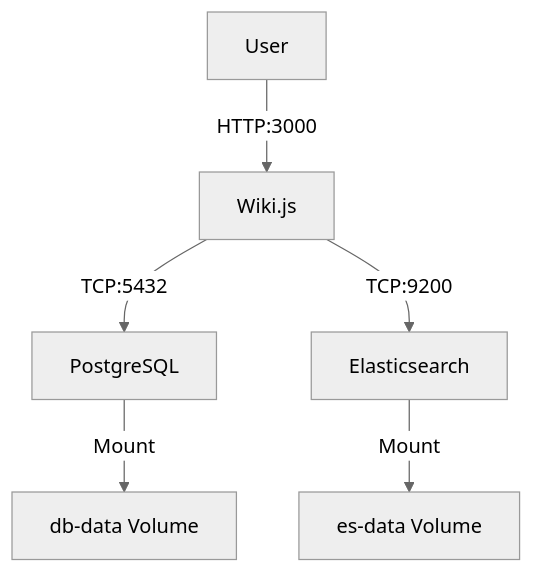
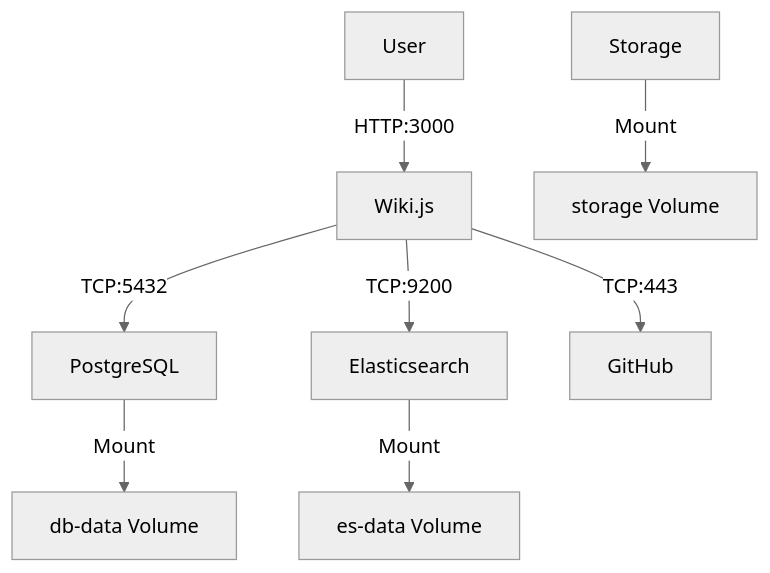
Before and after one commit to ricardo-paredes-pragma/alejandria-dev: the diagram in README.md, drawn with Mermaid (neutral theme). The commit also changed other lines of this file and 4 other files, not shown here.

````diff
--- a/README.md
+++ b/README.md
@@ -6,8 +19,10 @@
 ```mermaid
 graph TD
     User[User] -->|HTTP:3000| Wiki[Wiki.js]
     Wiki -->|TCP:5432| DB[PostgreSQL]
     Wiki -->|TCP:9200| ES[Elasticsearch]
+    Wiki -->|TCP:443| GIT[GitHub]
     DB -->|Mount| VolDB[db-data Volume]
     ES -->|Mount| VolES[es-data Volume]
+    Storage -->|Mount| VolStorage[storage Volume]
 ```
````
